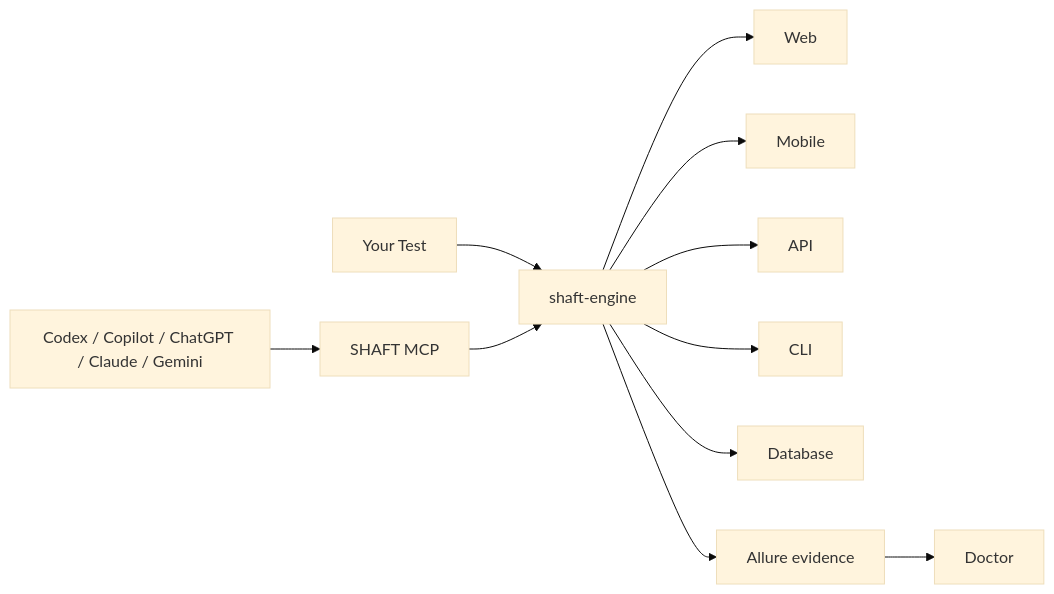
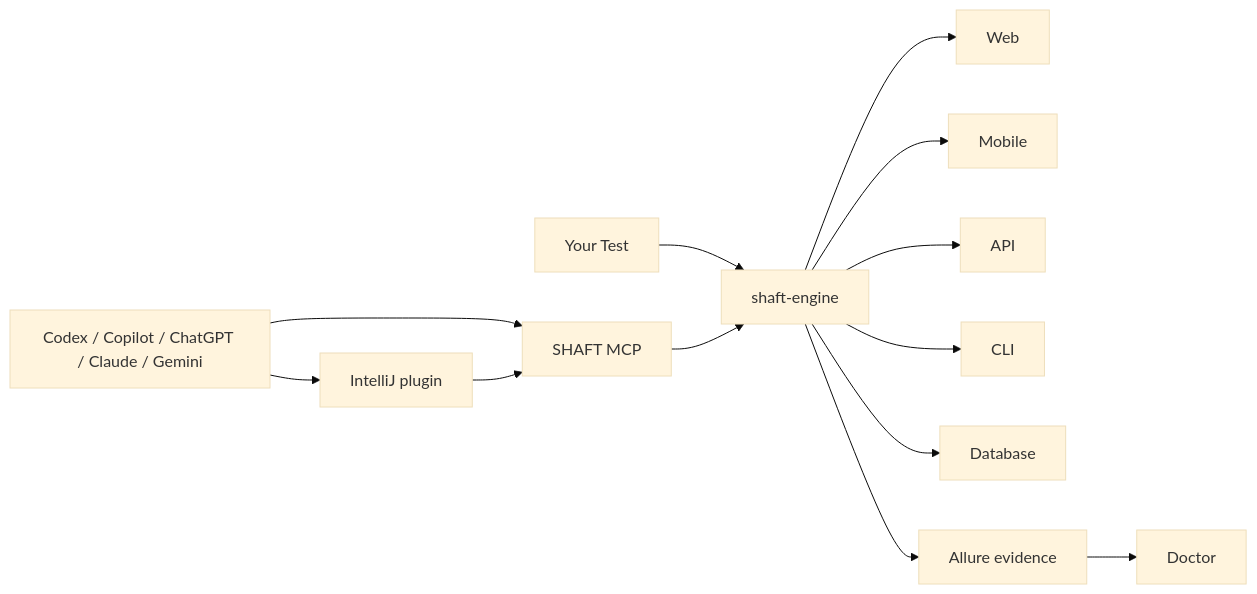
The diagram in docs/start/overview.mdx (ShaftHQ/shafthq.github.io), drawn with Mermaid (base theme) before and after one commit. The commit also changed other lines of this file and 9 other files, not shown here.

First line of the commit message:
Document IntelliJ as the SHAFT coding partner (#707)

````diff
--- a/docs/start/overview.mdx
+++ b/docs/start/overview.mdx
@@ -30,13 +30,15 @@
 ```mermaid
 flowchart LR
     Test["Your Test"] --> Engine["shaft-engine"]
     Engine --> Web["Web"]
     Engine --> Mobile["Mobile"]
     Engine --> API["API"]
     Engine --> CLI["CLI"]
     Engine --> DB["Database"]
     Engine --> Evidence["Allure evidence"]
     Evidence --> Doctor["Doctor"]
-    Agent["Codex / Copilot / ChatGPT / Claude / Gemini"] --> MCP["SHAFT MCP"]
+    Agent["Codex / Copilot / ChatGPT / Claude / Gemini"] --> IntelliJ["IntelliJ plugin"]
+    Agent --> MCP["SHAFT MCP"]
+    IntelliJ --> MCP
     MCP --> Engine
 ```
````
